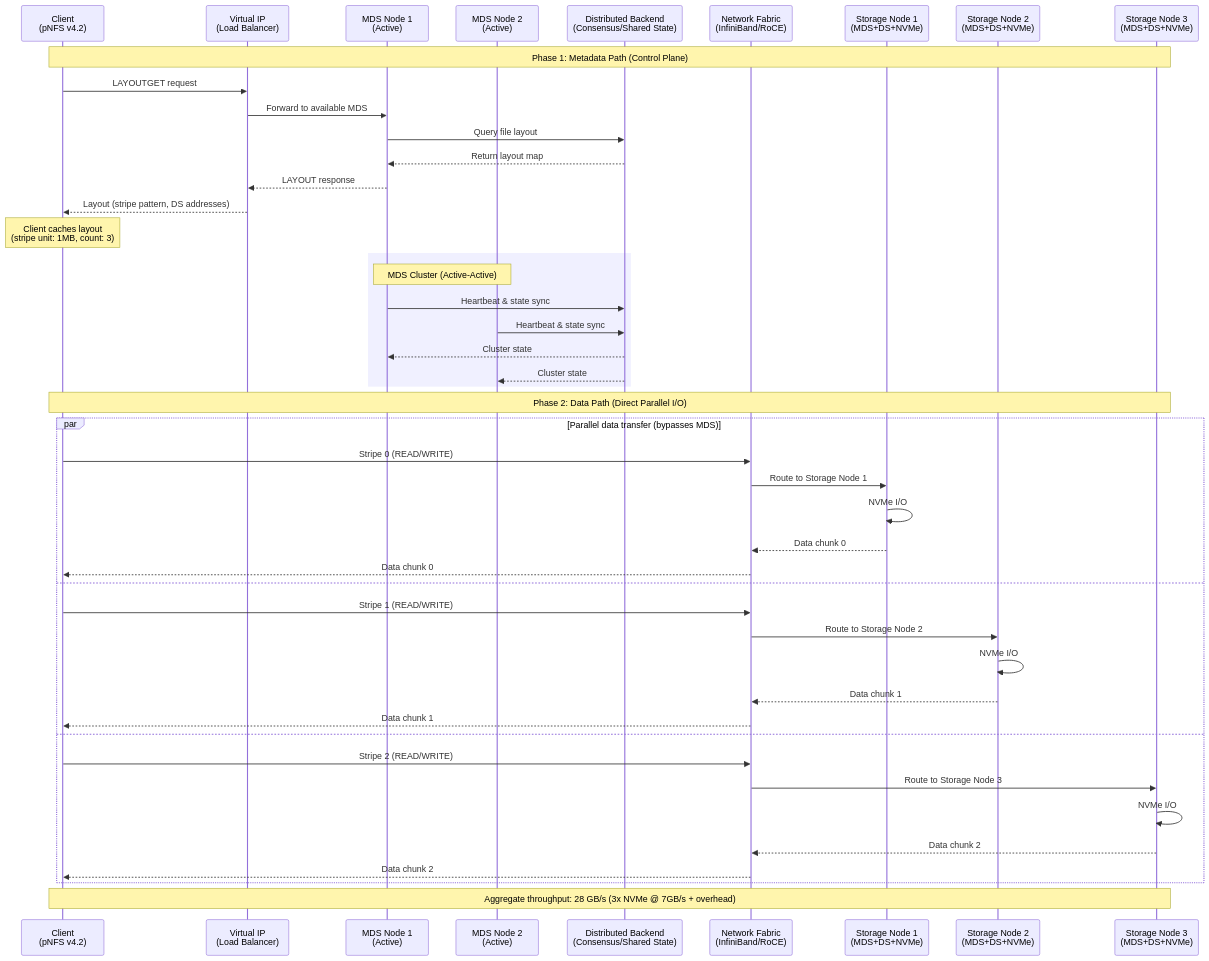
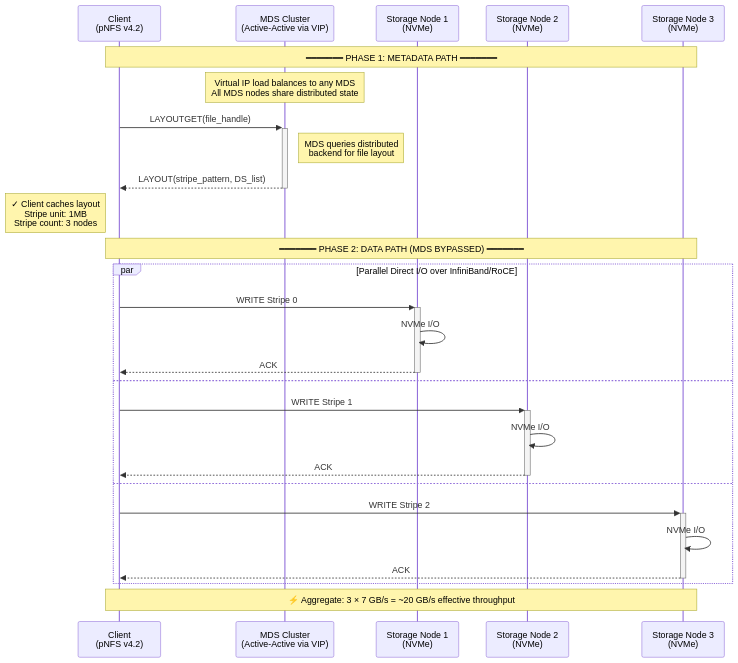
Before and after one commit to alfredojrc/digital-garden: the first of 4 diagrams in docs/blog/posts/pnfs-distributed-storage-architecture.md, drawn with Mermaid. The commit also changed other lines of this file and 7 other files, not shown here.

````diff
--- a/docs/blog/posts/pnfs-distributed-storage-architecture.md
+++ b/docs/blog/posts/pnfs-distributed-storage-architecture.md
@@ -46,54 +46,34 @@
 ```mermaid
 sequenceDiagram
     participant Client as Client<br/>(pNFS v4.2)
-    participant VIP as Virtual IP<br/>(Load Balancer)
-    participant MDS1 as MDS Node 1<br/>(Active)
-    participant MDS2 as MDS Node 2<br/>(Active)
-    participant Backend as Distributed Backend<br/>(Consensus/Shared State)
-    participant Fabric as Network Fabric<br/>(InfiniBand/RoCE)
-    participant DS1 as Storage Node 1<br/>(MDS+DS+NVMe)
-    participant DS2 as Storage Node 2<br/>(MDS+DS+NVMe)
-    participant DS3 as Storage Node 3<br/>(MDS+DS+NVMe)
+    participant MDS as MDS Cluster<br/>(Active-Active via VIP)
+    participant S1 as Storage Node 1<br/>(NVMe)
+    participant S2 as Storage Node 2<br/>(NVMe)
+    participant S3 as Storage Node 3<br/>(NVMe)
 
-    Note over Client,DS3: Phase 1: Metadata Path (Control Plane)
+    Note over Client,S3: ━━━━━━━ PHASE 1: METADATA PATH ━━━━━━━
+    Note over MDS: Virtual IP load balances to any MDS<br/>All MDS nodes share distributed state
 
-    Client->>VIP: LAYOUTGET request
-    VIP->>MDS1: Forward to available MDS
-    MDS1->>Backend: Query file layout
-    Backend-->>MDS1: Return layout map
-    MDS1-->>VIP: LAYOUT response
-    VIP-->>Client: Layout (stripe pattern, DS addresses)
-    Note over Client: Client caches layout<br/>(stripe unit: 1MB, count: 3)
+    Client->>+MDS: LAYOUTGET(file_handle)
+    Note right of MDS: MDS queries distributed<br/>backend for file layout
+    MDS-->>-Client: LAYOUT(stripe_pattern, DS_list)
+    Note left of Client: ✓ Client caches layout<br/>Stripe unit: 1MB<br/>Stripe count: 3 nodes
 
-    rect rgb(240, 240, 255)
-        Note over MDS1,MDS2: MDS Cluster (Active-Active)
-        MDS1->>Backend: Heartbeat & state sync
-        MDS2->>Backend: Heartbeat & state sync
-        Backend-->>MDS1: Cluster state
-        Backend-->>MDS2: Cluster state
+    Note over Client,S3: ━━━━━━━ PHASE 2: DATA PATH (MDS BYPASSED) ━━━━━━━
+
+    par Parallel Direct I/O over InfiniBand/RoCE
+        Client->>+S1: WRITE Stripe 0
+        S1->>S1: NVMe I/O
+        S1-->>-Client: ACK
+    and
+        Client->>+S2: WRITE Stripe 1
+        S2->>S2: NVMe I/O
+        S2-->>-Client: ACK
+    and
+        Client->>+S3: WRITE Stripe 2
+        S3->>S3: NVMe I/O
+        S3-->>-Client: ACK
     end
 
-    Note over Client,DS3: Phase 2: Data Path (Direct Parallel I/O)
-
-    par Parallel data transfer (bypasses MDS)
-        Client->>Fabric: Stripe 0 (READ/WRITE)
-        Fabric->>DS1: Route to Storage Node 1
-        DS1->>DS1: NVMe I/O
-        DS1-->>Fabric: Data chunk 0
-        Fabric-->>Client: Data chunk 0
-    and
-        Client->>Fabric: Stripe 1 (READ/WRITE)
-        Fabric->>DS2: Route to Storage Node 2
-        DS2->>DS2: NVMe I/O
-        DS2-->>Fabric: Data chunk 1
-        Fabric-->>Client: Data chunk 1
-    and
-        Client->>Fabric: Stripe 2 (READ/WRITE)
-        Fabric->>DS3: Route to Storage Node 3
-        DS3->>DS3: NVMe I/O
-        DS3-->>Fabric: Data chunk 2
-        Fabric-->>Client: Data chunk 2
-    end
-
-    Note over Client,DS3: Aggregate throughput: 28 GB/s (3x NVMe @ 7GB/s + overhead)
+    Note over Client,S3: ⚡ Aggregate: 3 × 7 GB/s = ~20 GB/s effective throughput
 ```
````
